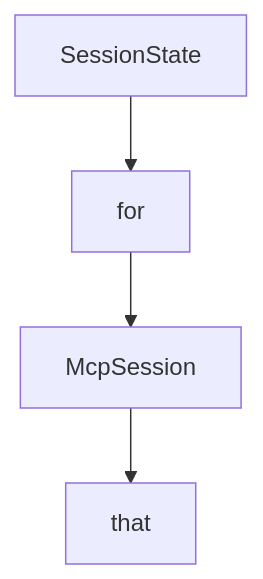
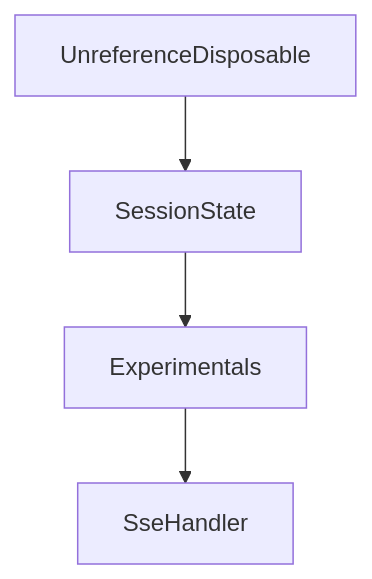
One commit to johnxie/awesome-code-docs changed the diagram in tutorials/mcp-csharp-sdk-tutorial/08-testing-operations-and-contribution-workflows.md. Above: the diagram before and after it, drawn with Mermaid. The commit also changed other lines of this file and 1232 other files, not shown here.

````diff
--- a/tutorials/mcp-csharp-sdk-tutorial/08-testing-operations-and-contribution-workflows.md
+++ b/tutorials/mcp-csharp-sdk-tutorial/08-testing-operations-and-contribution-workflows.md
@@ -213,10 +211,10 @@
 ```mermaid
 flowchart TD
-    A[SessionState]
-    B[for]
-    C[McpSession]
-    D[that]
+    A[UnreferenceDisposable]
+    B[SessionState]
+    C[Experimentals]
+    D[SseHandler]
     A --> B
     B --> C
     C --> D
 ```
````
